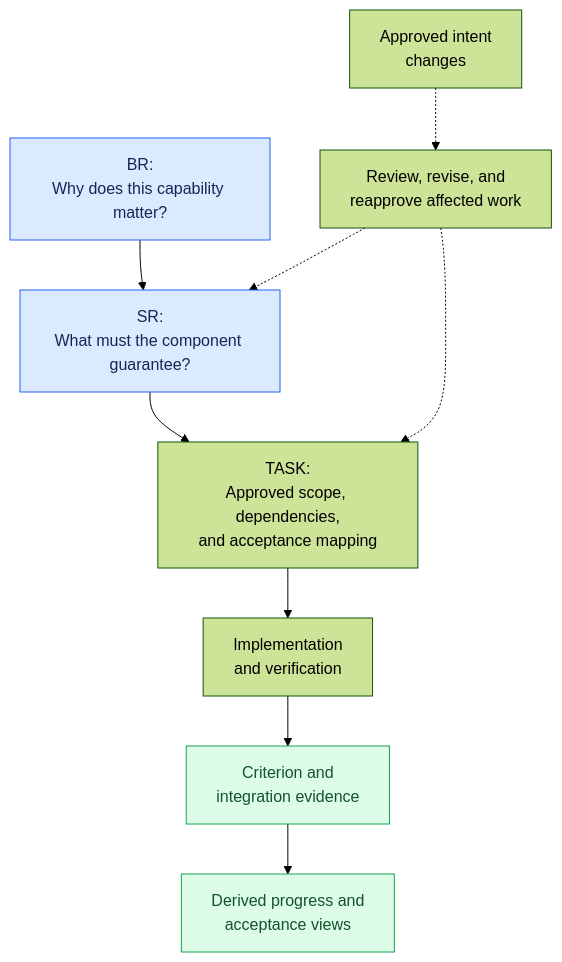
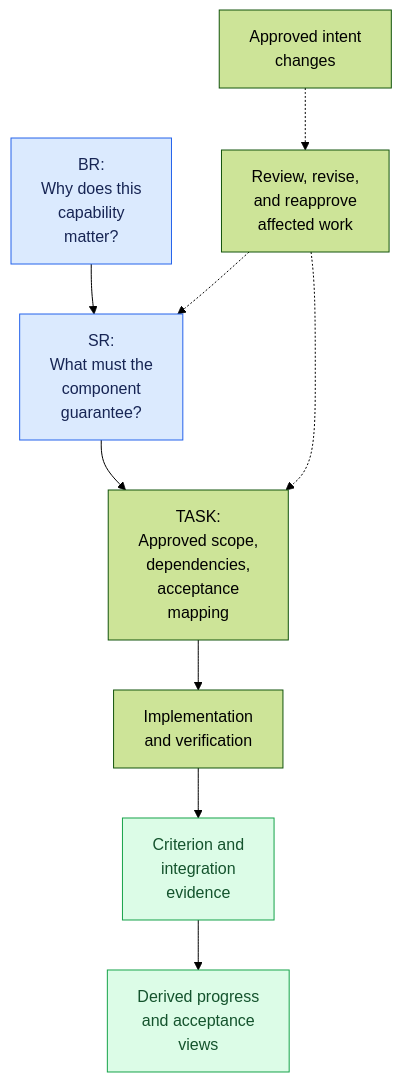
The second of 4 diagrams in README.md (AlexDubel/AIMemBankAndCDIP-tmpl), drawn with Mermaid (forest theme) before and after one commit. The commit also changed other lines of this file and 1 other file, not shown here.

Commit message:
Format Mermaid diagram node labels to prevent horizontal text clipping on GitHub

````diff
--- a/README.md
+++ b/README.md
@@ -173,15 +173,15 @@
 ```mermaid
 flowchart TD
-    BR["BR:<br/>Why does this capability matter?"] --> SR["SR:<br/>What must the component guarantee?"]
-    SR --> Task["TASK:<br/>Approved scope, dependencies,<br/>and acceptance mapping"]
+    BR["BR:<br/>Why does this<br/>capability<br/>matter?"] --> SR["SR:<br/>What must the<br/>component<br/>guarantee?"]
+    SR --> Task["TASK:<br/>Approved scope,<br/>dependencies,<br/>acceptance<br/>mapping"]
     Task --> Implementation["Implementation<br/>and verification"]
-    Implementation --> Evidence["Criterion and<br/>integration evidence"]
-    Evidence --> Summary["Derived progress and<br/>acceptance views"]
-    Change["Approved intent<br/>changes"] -.-> Invalidate["Review, revise, and<br/>reapprove affected work"]
+    Implementation --> Evidence["Criterion and<br/>integration<br/>evidence"]
+    Evidence --> Summary["Derived progress<br/>and acceptance<br/>views"]
+    Change["Approved intent<br/>changes"] -.-> Invalidate["Review, revise,<br/>and reapprove<br/>affected work"]
     Invalidate -.-> SR
     Invalidate -.-> Task
     classDef requirement fill:#dbeafe,stroke:#2563eb,color:#172554
     classDef evidence fill:#dcfce7,stroke:#16a34a,color:#14532d
     class BR,SR requirement
     class Evidence,Summary evidence
 ```
````
